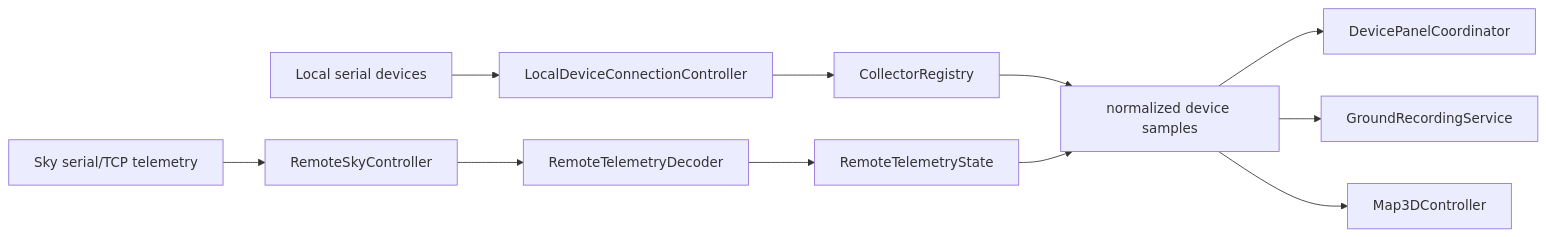
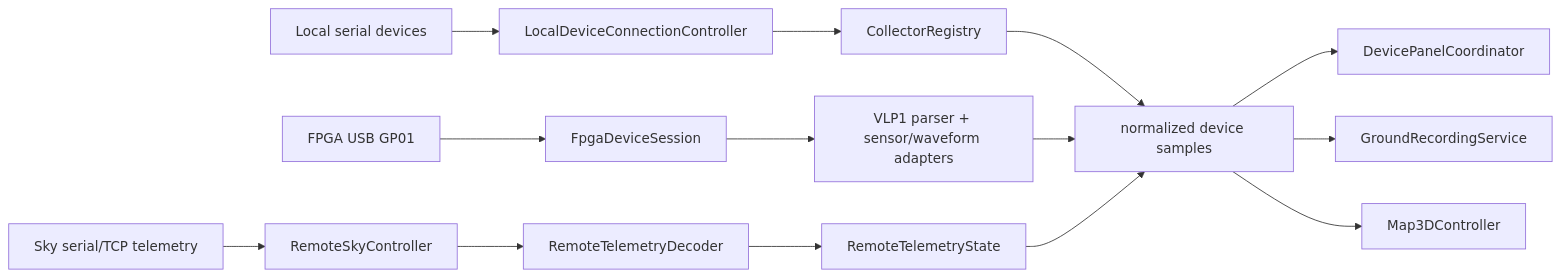
One commit to Winter-And-You-Gone/VaporView changed the second of 4 diagrams in docs/architecture.md. Above: the diagram before and after it, drawn with Mermaid. The commit also changed other lines of this file and 19 other files, not shown here.

Commit message:
feat: add VLP1 FPGA integration backend

````diff
--- a/docs/architecture.md
+++ b/docs/architecture.md
@@ -162,15 +162,19 @@
 ```mermaid
 flowchart LR
   LD["Local serial devices"] --> LC["LocalDeviceConnectionController"]
   LC --> CR["CollectorRegistry"]
   CR --> DS["normalized device samples"]
+
+  FU["FPGA USB GP01"] --> FS["FpgaDeviceSession"]
+  FS --> FV["VLP1 parser + sensor/waveform adapters"]
+  FV --> DS
 
   RL["Sky serial/TCP telemetry"] --> RS["RemoteSkyController"]
   RS --> RD["RemoteTelemetryDecoder"]
   RD --> RMS["RemoteTelemetryState"]
   RMS --> DS
 
   DS --> PC["DevicePanelCoordinator"]
   DS --> GR["GroundRecordingService"]
   DS --> MC["Map3DController"]
 ```
````
